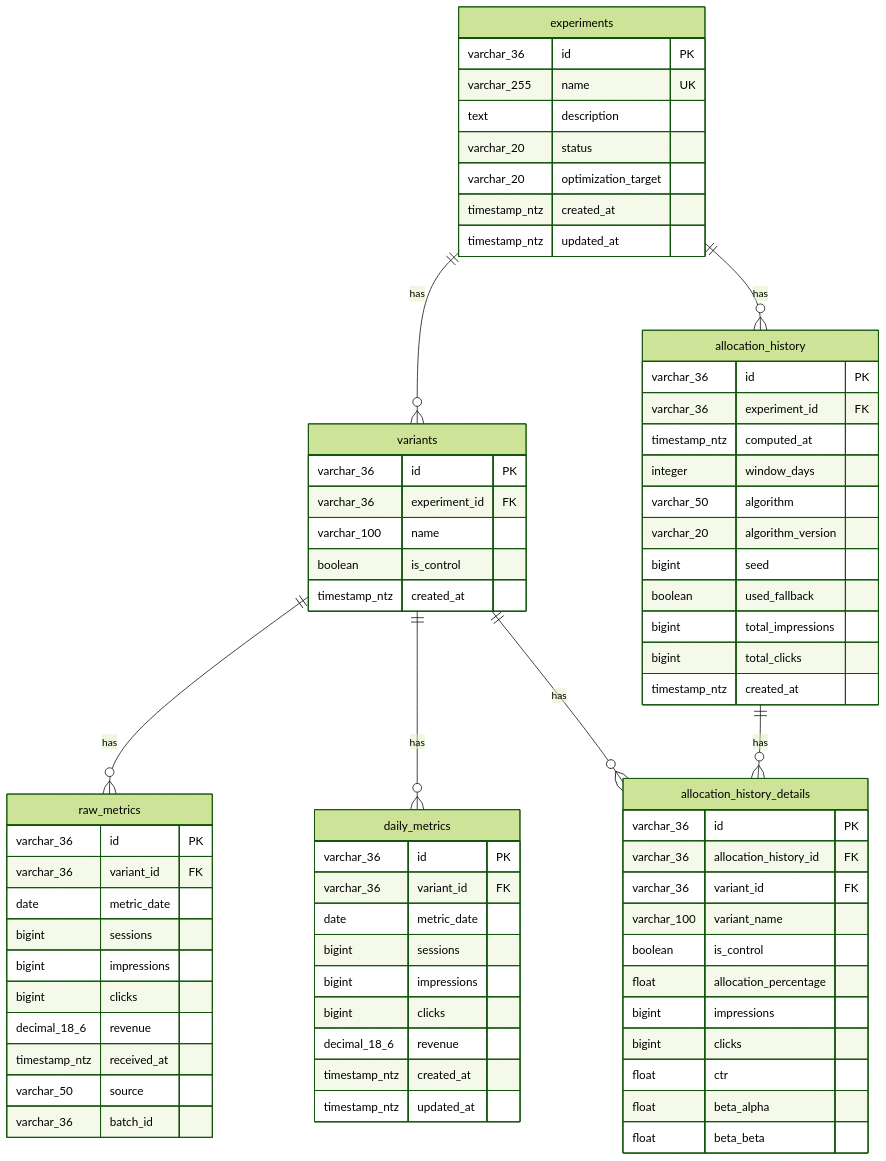
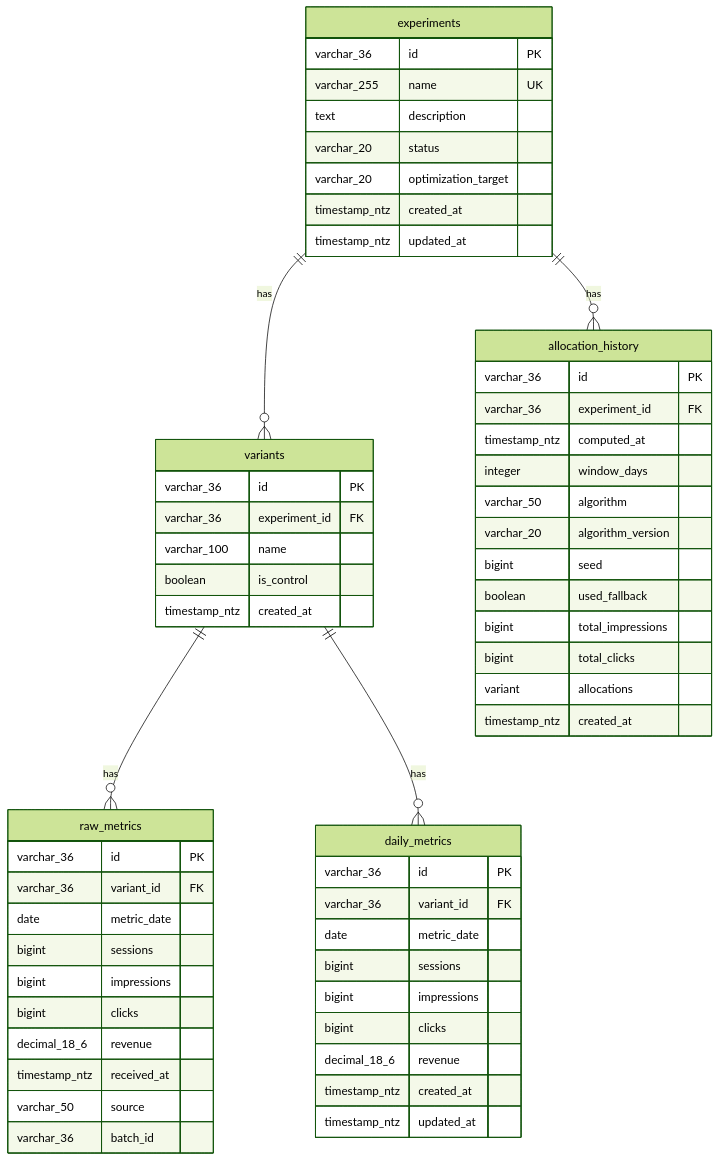
The diagram in mab-api-git/docs/ERD.md (WillNery/mab-optimization-api), drawn with Mermaid (forest theme) before and after one commit. The commit also changed other lines of this file, not shown here.

````diff
--- a/mab-api-git/docs/ERD.md
+++ b/mab-api-git/docs/ERD.md
@@ -5,80 +5,65 @@
 ```mermaid
 erDiagram
     experiments ||--o{ variants : "has"
     experiments ||--o{ allocation_history : "has"
     variants ||--o{ raw_metrics : "has"
     variants ||--o{ daily_metrics : "has"
-    allocation_history ||--o{ allocation_history_details : "has"
-    variants ||--o{ allocation_history_details : "has"
 
     experiments {
         varchar_36 id PK
         varchar_255 name UK
         text description
         varchar_20 status
         varchar_20 optimization_target
         timestamp_ntz created_at
         timestamp_ntz updated_at
     }
 
     variants {
         varchar_36 id PK
         varchar_36 experiment_id FK
         varchar_100 name
         boolean is_control
         timestamp_ntz created_at
     }
 
     raw_metrics {
         varchar_36 id PK
         varchar_36 variant_id FK
         date metric_date
         bigint sessions
         bigint impressions
         bigint clicks
         decimal_18_6 revenue
         timestamp_ntz received_at
         varchar_50 source
         varchar_36 batch_id
     }
 
     daily_metrics {
         varchar_36 id PK
         varchar_36 variant_id FK
         date metric_date
         bigint sessions
         bigint impressions
         bigint clicks
         decimal_18_6 revenue
         timestamp_ntz created_at
         timestamp_ntz updated_at
     }
 
     allocation_history {
         varchar_36 id PK
         varchar_36 experiment_id FK
         timestamp_ntz computed_at
         integer window_days
         varchar_50 algorithm
         varchar_20 algorithm_version
         bigint seed
         boolean used_fallback
         bigint total_impressions
         bigint total_clicks
+        variant allocations
         timestamp_ntz created_at
     }
-
-    allocation_history_details {
-        varchar_36 id PK
-        varchar_36 allocation_history_id FK
-        varchar_36 variant_id FK
-        varchar_100 variant_name
-        boolean is_control
-        float allocation_percentage
-        bigint impressions
-        bigint clicks
-        float ctr
-        float beta_alpha
-        float beta_beta
-    }
 ```
````
